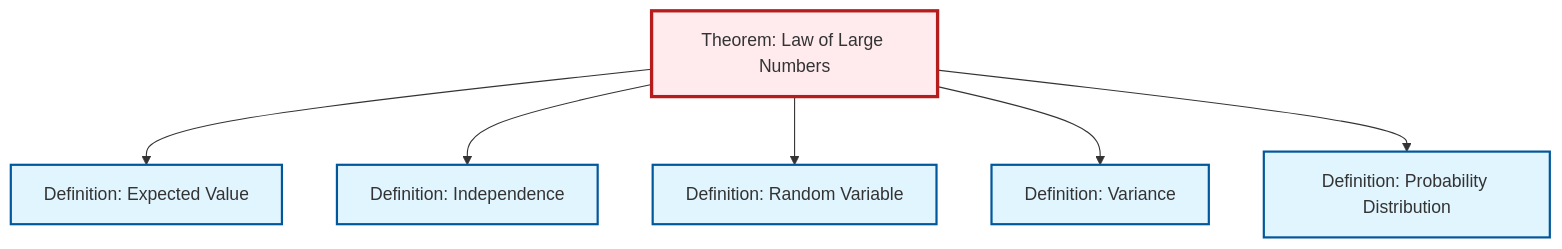
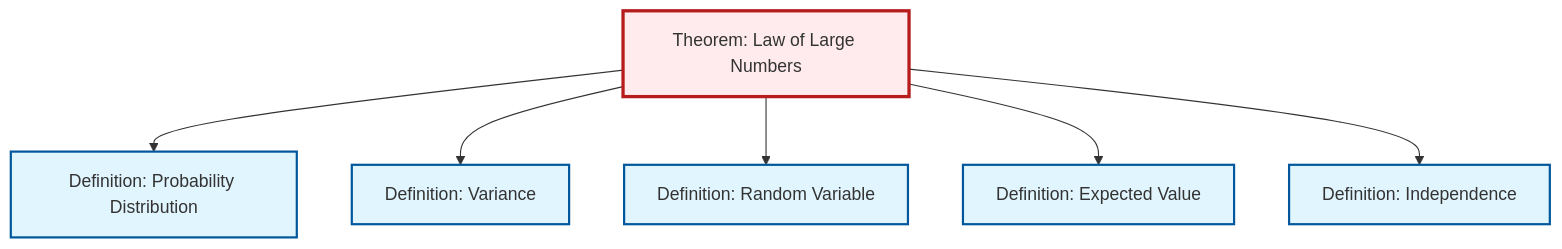
One commit to RK0429/ModernMath changed the second of 2 diagrams in content/en/probability-statistics/thm-law-of-large-numbers.qmd. Above: the diagram before and after it, drawn with Mermaid. The commit also changed other lines of this file and 654 other files, not shown here.

````diff
--- a/content/en/probability-statistics/thm-law-of-large-numbers.qmd
+++ b/content/en/probability-statistics/thm-law-of-large-numbers.qmd
@@ -89,26 +89,26 @@
 ```{mermaid}
 %%| fig-cap: "Local dependency graph"
 graph TD
     classDef definition fill:#e1f5fe,stroke:#01579b,stroke-width:2px
     classDef theorem fill:#f3e5f5,stroke:#4a148c,stroke-width:2px
     classDef axiom fill:#fff3e0,stroke:#e65100,stroke-width:2px
     classDef example fill:#e8f5e9,stroke:#1b5e20,stroke-width:2px
     classDef current fill:#ffebee,stroke:#b71c1c,stroke-width:3px
+    def-expectation["Definition: Expected Value"]:::definition
+    thm-law-of-large-numbers["Theorem: Law of Large Numbers"]:::theorem
+    def-probability-distribution["Definition: Probability Distribution"]:::definition
+    def-variance["Definition: Variance"]:::definition
+    def-random-variable["Definition: Random Variable"]:::definition
     def-independence["Definition: Independence"]:::definition
-    def-expectation["Definition: Expected Value"]:::definition
-    def-variance["Definition: Variance"]:::definition
-    def-probability-distribution["Definition: Probability Distribution"]:::definition
-    thm-law-of-large-numbers["Theorem: Law of Large Numbers"]:::theorem
-    def-random-variable["Definition: Random Variable"]:::definition
+    thm-law-of-large-numbers --> def-probability-distribution
+    thm-law-of-large-numbers --> def-variance
+    thm-law-of-large-numbers --> def-random-variable
     thm-law-of-large-numbers --> def-expectation
     thm-law-of-large-numbers --> def-independence
-    thm-law-of-large-numbers --> def-random-variable
-    thm-law-of-large-numbers --> def-variance
-    thm-law-of-large-numbers --> def-probability-distribution
     class thm-law-of-large-numbers current
+    click def-expectation "def-expectation.html" "Go to Expected Value definition"
+    click def-probability-distribution "def-probability-distribution.html" "Go to Probability Distribution definition"
+    click def-variance "def-variance.html" "Go to Variance definition"
+    click def-random-variable "def-random-variable.html" "Go to Random Variable definition"
     click def-independence "def-independence.html" "Go to Independence definition"
-    click def-expectation "def-expectation.html" "Go to Expected Value definition"
-    click def-variance "def-variance.html" "Go to Variance definition"
-    click def-probability-distribution "def-probability-distribution.html" "Go to Probability Distribution definition"
-    click def-random-variable "def-random-variable.html" "Go to Random Variable definition"
 ```
````
